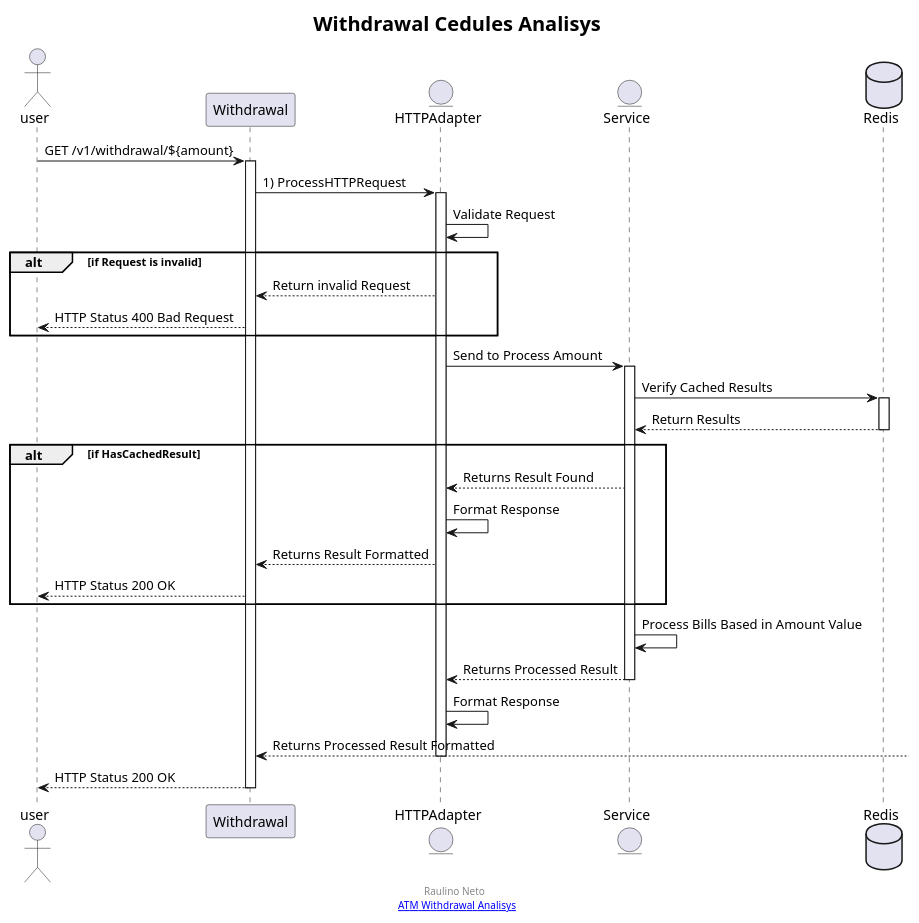
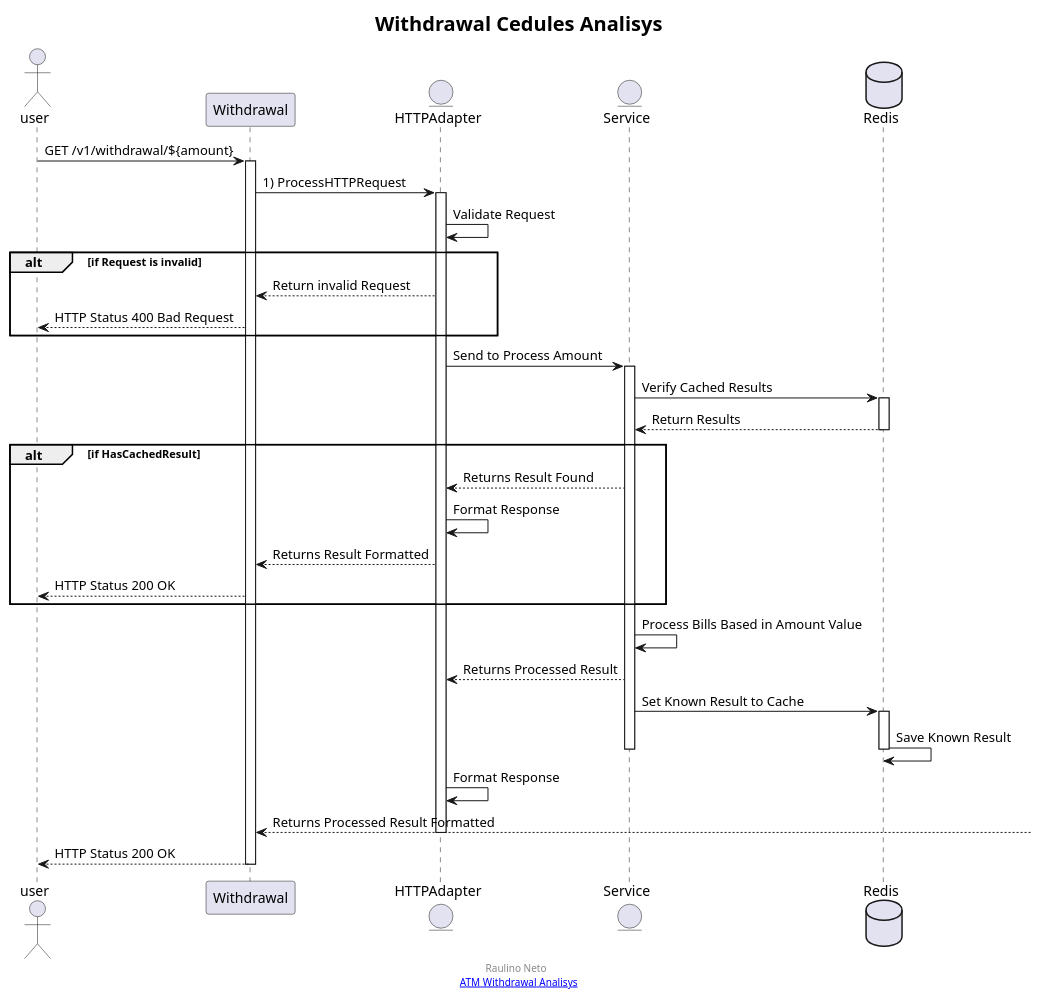
Before and after one commit to raulinoneto/atm-withdrawal-analisys: the diagram in docs/withdrawal.get.v1.plantuml, drawn with PlantUML. The commit also changed 3 other files, not shown here.

```diff
--- a/docs/withdrawal.get.v1.plantuml
+++ b/docs/withdrawal.get.v1.plantuml
@@ -1,40 +1,44 @@
 @startuml
 title <size:20> Withdrawal Cedules Analisys</size>
 footer  Raulino Neto\n  [[https://github.com/raulinoneto/atm-withdrawal-analisys ATM Withdrawal Analisys]]
 
 
 actor user
 participant Withdrawal
 entity HTTPAdapter
 entity Service
 database Redis
 user -> Withdrawal: GET /v1/withdrawal/${amount}
 activate Withdrawal
 Withdrawal -> HTTPAdapter: 1) ProcessHTTPRequest
     activate HTTPAdapter
         HTTPAdapter -> HTTPAdapter: Validate Request
         alt if Request is invalid
         Withdrawal <-- HTTPAdapter: Return invalid Request
         user <-- Withdrawal: HTTP Status 400 Bad Request
         end
           HTTPAdapter -> Service: Send to Process Amount
         activate Service
            Service -> Redis: Verify Cached Results
            activate Redis
            Service <-- Redis: Return Results
            deactivate Redis
            alt if HasCachedResult
                HTTPAdapter <-- Service : Returns Result Found
                HTTPAdapter -> HTTPAdapter: Format Response
                Withdrawal <-- HTTPAdapter: Returns Result Formatted
                user <-- Withdrawal: HTTP Status 200 OK
            end
            Service -> Service: Process Bills Based in Amount Value
            HTTPAdapter <-- Service: Returns Processed Result
+           Service -> Redis: Set Known Result to Cache
+           activate Redis
+                Redis -> Redis : Save Known Result
+           deactivate Redis
         deactivate Service
             HTTPAdapter -> HTTPAdapter: Format Response
             Withdrawal <-- : Returns Processed Result Formatted
     deactivate HTTPAdapter
 user <-- Withdrawal: HTTP Status 200 OK
 deactivate Withdrawal
 @enduml
```
